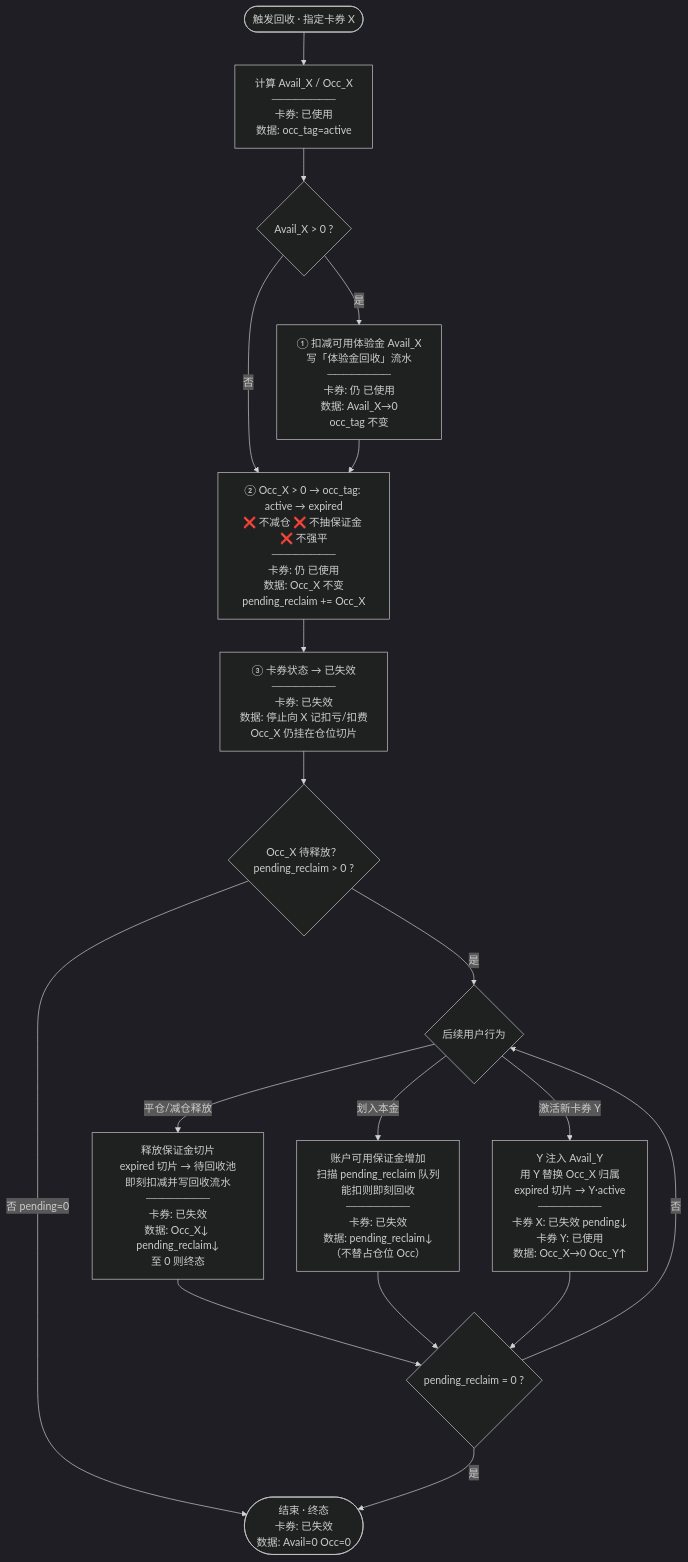
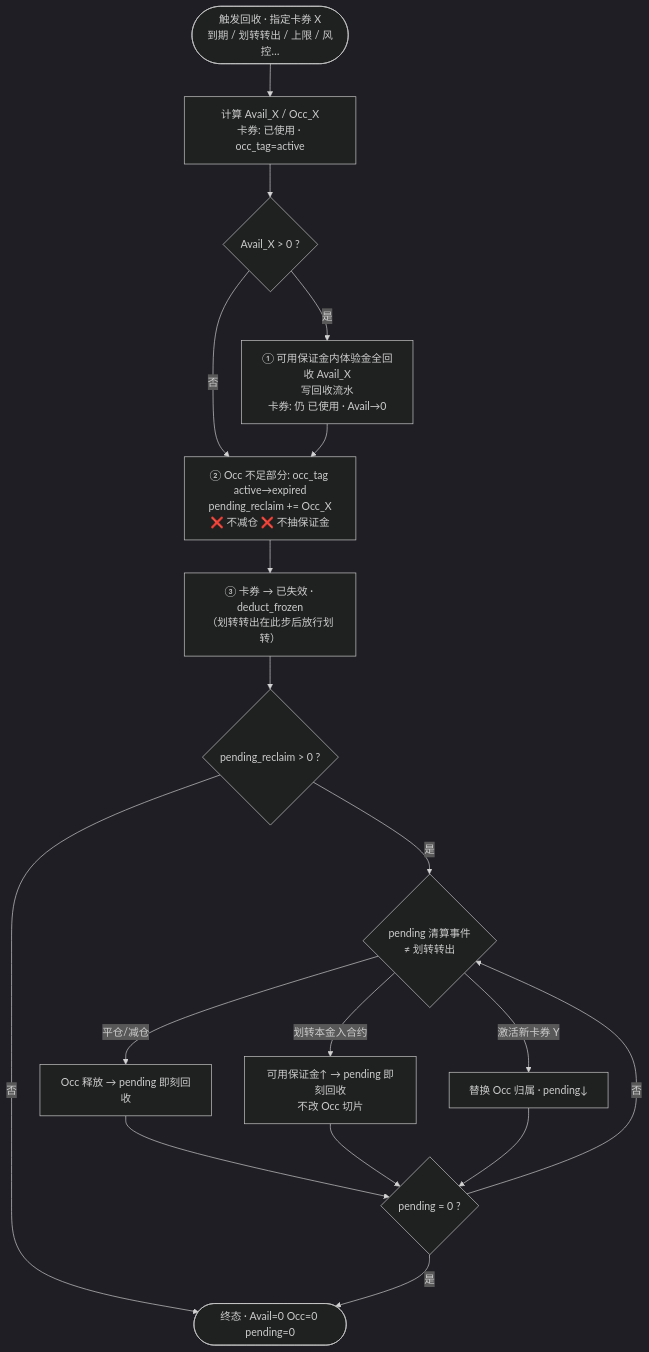
One commit to DashuaibiZZY/prototype changed the diagram in perp_dex/流程图/体验金回收机制v2.mmd. Above: the diagram before and after it, drawn with Mermaid (dark theme). The commit also changed 2 other files, not shown here.

Commit message:
文档：澄清双图分工与划转转出回收规则
- 流程图=主规则，时序图=辅 walkthrough；统一划转转出 vs 本金划入术语
- 划转转出：触发标记，可用全回收，Occ 进 pending 后等清算三事件

```diff
--- a/perp_dex/流程图/体验金回收机制v2.mmd
+++ b/perp_dex/流程图/体验金回收机制v2.mmd
@@ -1,30 +1,30 @@
 flowchart TB
-    START([触发回收 · 指定卡券 X]) --> CALC["计算 Avail_X / Occ_X<br/>────────<br/>卡券: 已使用<br/>数据: occ_tag=active"]
+    START([触发回收 · 指定卡券 X<br/>到期 / 划转转出 / 上限 / 风控…]) --> CALC["计算 Avail_X / Occ_X<br/>卡券: 已使用 · occ_tag=active"]
 
     CALC --> R1{Avail_X > 0 ?}
 
-    R1 -->|是| R1A["① 扣减可用体验金 Avail_X<br/>写「体验金回收」流水<br/>────────<br/>卡券: 仍 已使用<br/>数据: Avail_X→0<br/>occ_tag 不变"]
+    R1 -->|是| R1A["① 可用保证金内体验金全回收 Avail_X<br/>写回收流水<br/>卡券: 仍 已使用 · Avail→0"]
     R1 -->|否| R2
     R1A --> R2
 
-    R2["② Occ_X > 0 → occ_tag: active → expired<br/>❌ 不减仓 ❌ 不抽保证金 ❌ 不强平<br/>────────<br/>卡券: 仍 已使用<br/>数据: Occ_X 不变<br/>pending_reclaim += Occ_X"]
+    R2["② Occ 不足部分: occ_tag active→expired<br/>pending_reclaim += Occ_X<br/>❌ 不减仓 ❌ 不抽保证金"]
     R2 --> R3
 
-    R3["③ 卡券状态 → 已失效<br/>────────<br/>卡券: 已失效<br/>数据: 停止向 X 记扣亏/扣费<br/>Occ_X 仍挂在仓位切片"]
+    R3["③ 卡券 → 已失效 · deduct_frozen<br/>（划转转出在此步后放行划转）"]
 
-    R3 --> WAIT{Occ_X 待释放？<br/>pending_reclaim > 0 ?}
+    R3 --> WAIT{pending_reclaim > 0 ?}
 
-    WAIT -->|否 pending=0| END(["结束 · 终态<br/>卡券: 已失效<br/>数据: Avail=0 Occ=0"])
+    WAIT -->|否| END(["终态 · Avail=0 Occ=0 pending=0"])
 
-    WAIT -->|是| EVT{后续用户行为}
+    WAIT -->|是| EVT{pending 清算事件<br/>≠ 划转转出}
 
-    EVT -->|平仓/减仓释放| E1["释放保证金切片<br/>expired 切片 → 待回收池<br/>即刻扣减并写回收流水<br/>────────<br/>卡券: 已失效<br/>数据: Occ_X↓ pending_reclaim↓<br/>至 0 则终态"]
-    EVT -->|划入本金| E2["账户可用保证金增加<br/>扫描 pending_reclaim 队列<br/>能扣则即刻回收<br/>────────<br/>卡券: 已失效<br/>数据: pending_reclaim↓<br/>（不替占仓位 Occ）"]
-    EVT -->|激活新卡券 Y| E3["Y 注入 Avail_Y<br/>用 Y 替换 Occ_X 归属<br/>expired 切片 → Y·active<br/>────────<br/>卡券 X: 已失效 pending↓<br/>卡券 Y: 已使用<br/>数据: Occ_X→0 Occ_Y↑"]
+    EVT -->|平仓/减仓| E1["Occ 释放 → pending 即刻回收"]
+    EVT -->|划转本金入合约| E2["可用保证金↑ → pending 即刻回收<br/>不改 Occ 切片"]
+    EVT -->|激活新卡券 Y| E3["替换 Occ 归属 · pending↓"]
 
-    E1 --> CHECK{pending_reclaim = 0 ?}
+    E1 --> CHECK{pending = 0 ?}
     E2 --> CHECK
     E3 --> CHECK
 
     CHECK -->|是| END
     CHECK -->|否| EVT
```
